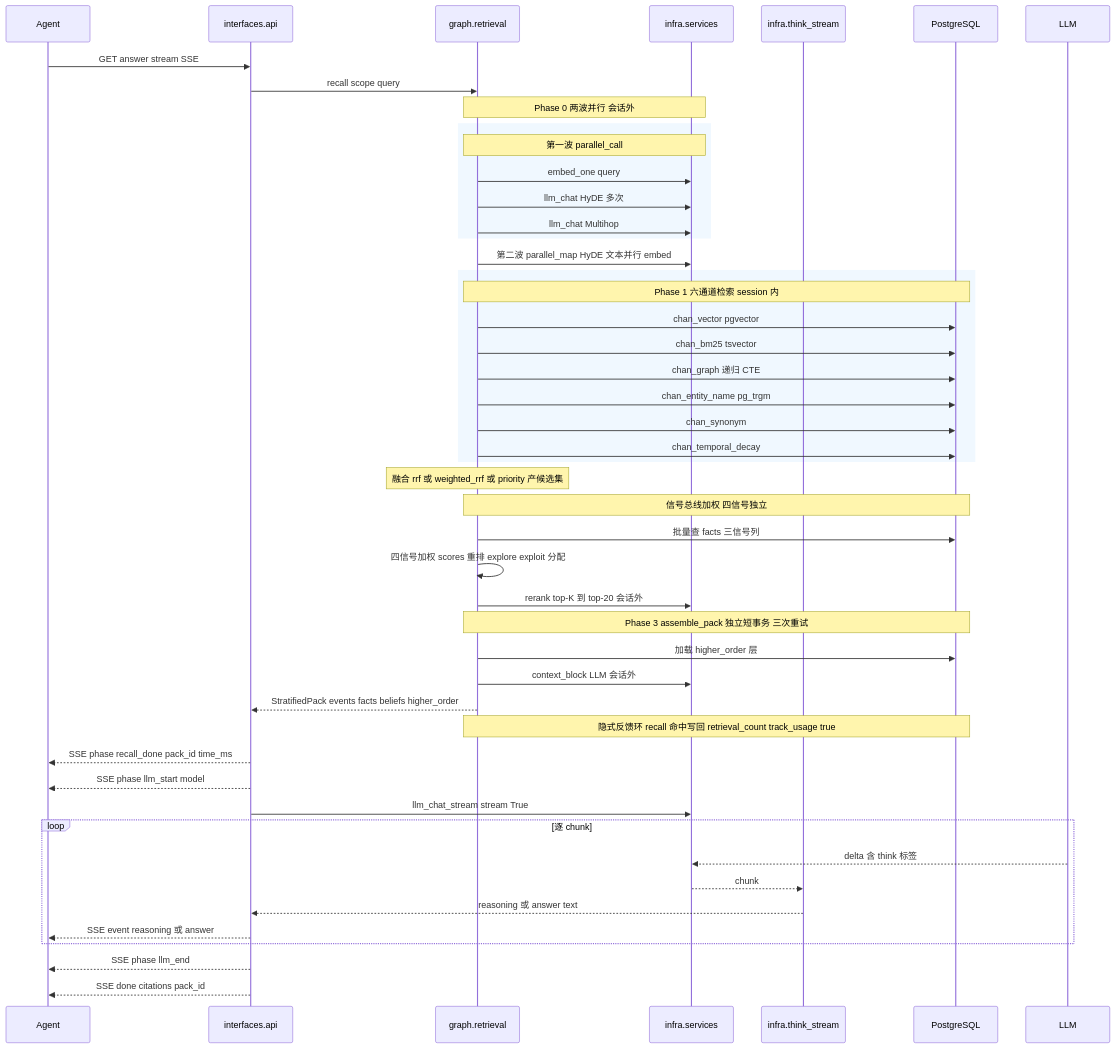
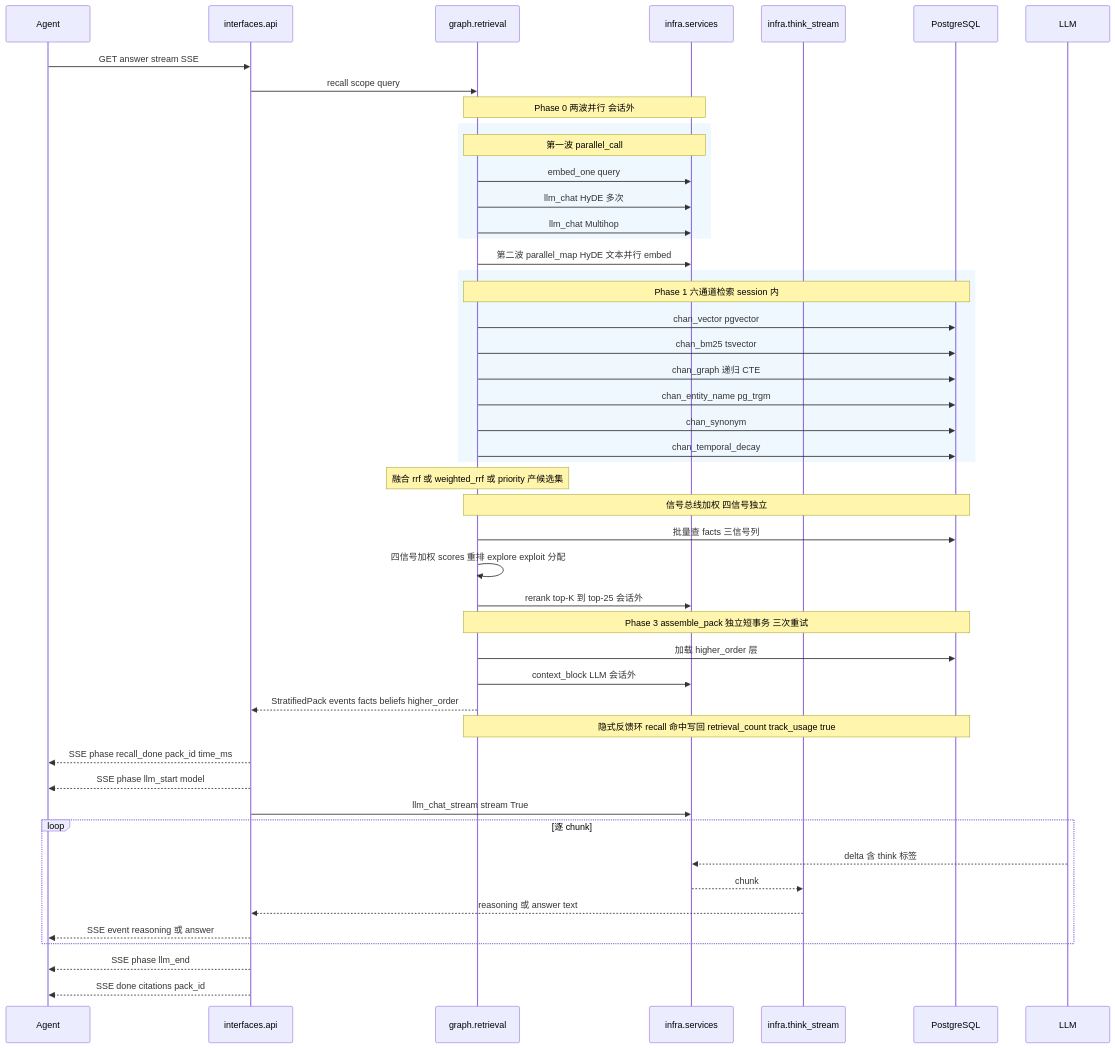
The eighth of 11 diagrams in source/chapters/23-architecture-diagrams.md (pty819/cortex-py-book), drawn with Mermaid before and after one commit. The commit also changed other lines of this file and 23 other files, not shown here.

````diff
--- a/source/chapters/23-architecture-diagrams.md
+++ b/source/chapters/23-architecture-diagrams.md
@@ -480,52 +480,52 @@
 ```{mermaid}
 sequenceDiagram
     participant A as Agent
     participant API as interfaces.api
     participant RET as graph.retrieval
     participant SVC as infra.services
     participant TS as infra.think_stream
     participant DB as PostgreSQL
     participant LLM as LLM
 
     A->>API: GET answer stream SSE
     API->>RET: recall scope query
     Note over RET,SVC: Phase 0 两波并行 会话外
     rect rgb(240,248,255)
         Note over RET,SVC: 第一波 parallel_call
         RET->>SVC: embed_one query
         RET->>SVC: llm_chat HyDE 多次
         RET->>SVC: llm_chat Multihop
     end
     RET->>SVC: 第二波 parallel_map HyDE 文本并行 embed
     rect rgb(240,248,255)
         Note over RET,DB: Phase 1 六通道检索 session 内
         RET->>DB: chan_vector pgvector
         RET->>DB: chan_bm25 tsvector
         RET->>DB: chan_graph 递归 CTE
         RET->>DB: chan_entity_name pg_trgm
         RET->>DB: chan_synonym
         RET->>DB: chan_temporal_decay
     end
     Note over RET: 融合 rrf 或 weighted_rrf 或 priority 产候选集
     Note over RET,DB: 信号总线加权 四信号独立
     RET->>DB: 批量查 facts 三信号列
     RET->>RET: 四信号加权 scores 重排 explore exploit 分配
-    RET->>SVC: rerank top-K 到 top-20 会话外
+    RET->>SVC: rerank top-K 到 top-25 会话外
     Note over RET,DB: Phase 3 assemble_pack 独立短事务 三次重试
     RET->>DB: 加载 higher_order 层
     RET->>SVC: context_block LLM 会话外
     RET-->>API: StratifiedPack events facts beliefs higher_order
     Note over RET,DB: 隐式反馈环 recall 命中写回 retrieval_count track_usage true
 
     API-->>A: SSE phase recall_done pack_id time_ms
     API-->>A: SSE phase llm_start model
     API->>SVC: llm_chat_stream stream True
     loop 逐 chunk
         LLM-->>SVC: delta 含 think 标签
         SVC-->>TS: chunk
         TS-->>API: reasoning 或 answer text
         API-->>A: SSE event reasoning 或 answer
     end
     API-->>A: SSE phase llm_end
     API-->>A: SSE done citations pack_id
 ```
````
